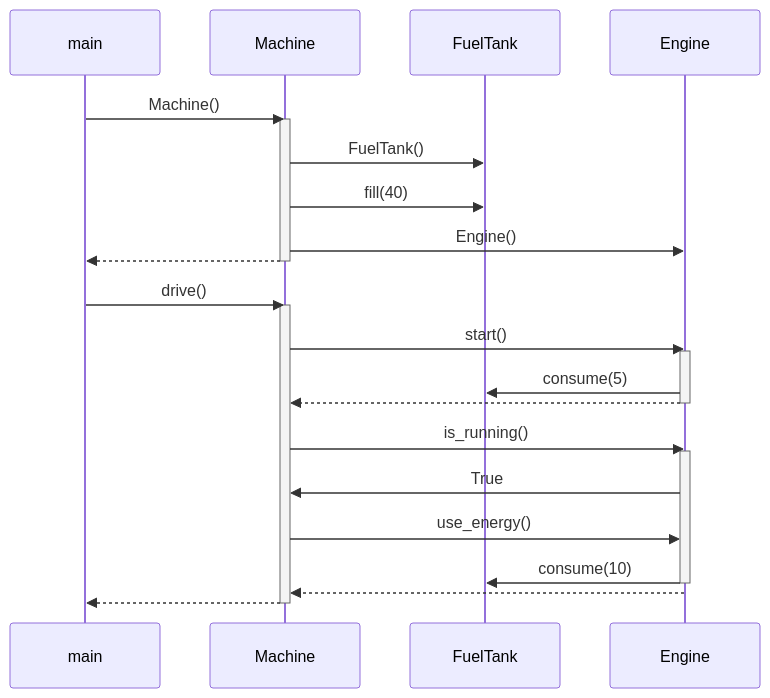
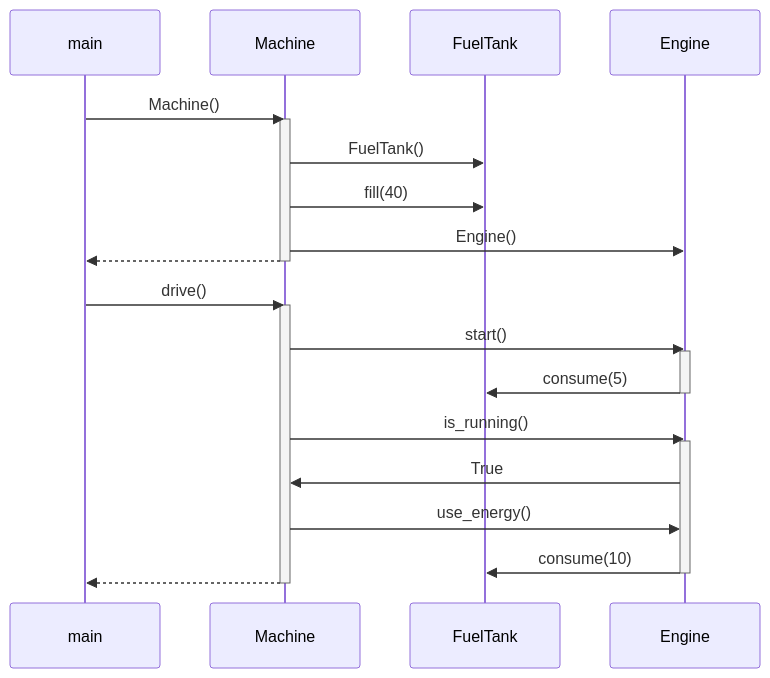
One commit to brotholi/ot-harjoitustyo changed the diagram in laskarit/viikko3/sekvenssikaavio_moottori.md. Above: the diagram before and after it, drawn with Mermaid.

````diff
--- a/laskarit/viikko3/sekvenssikaavio_moottori.md
+++ b/laskarit/viikko3/sekvenssikaavio_moottori.md
@@ -3,38 +3,38 @@
 ```mermaid
 sequenceDiagram
   participant main
   participant Machine
   participant FuelTank
   participant Engine
   
   main->>Machine: Machine() 
   activate Machine
   Machine->>FuelTank: FuelTank()
   Machine->>FuelTank: fill(40)
   Machine->>Engine: Engine()
   Machine-->>main:   
   deactivate Machine
   
   main->>Machine: drive()
   activate Machine
   Machine->>Engine: start()
   activate Engine
   Engine->>FuelTank: consume(5)
-  Engine-->>Machine:    
+    
   deactivate Engine
   Machine->>Engine: is_running()
   activate Engine
   Engine->>Machine: True
   Machine->>Engine: use_energy()
  
   Engine->>FuelTank: consume(10)
  
   deactivate Engine
-  Engine-->>Machine:      
+     
   Machine-->>main:   
   deactivate Machine
 
   
   
   
 ```
````
